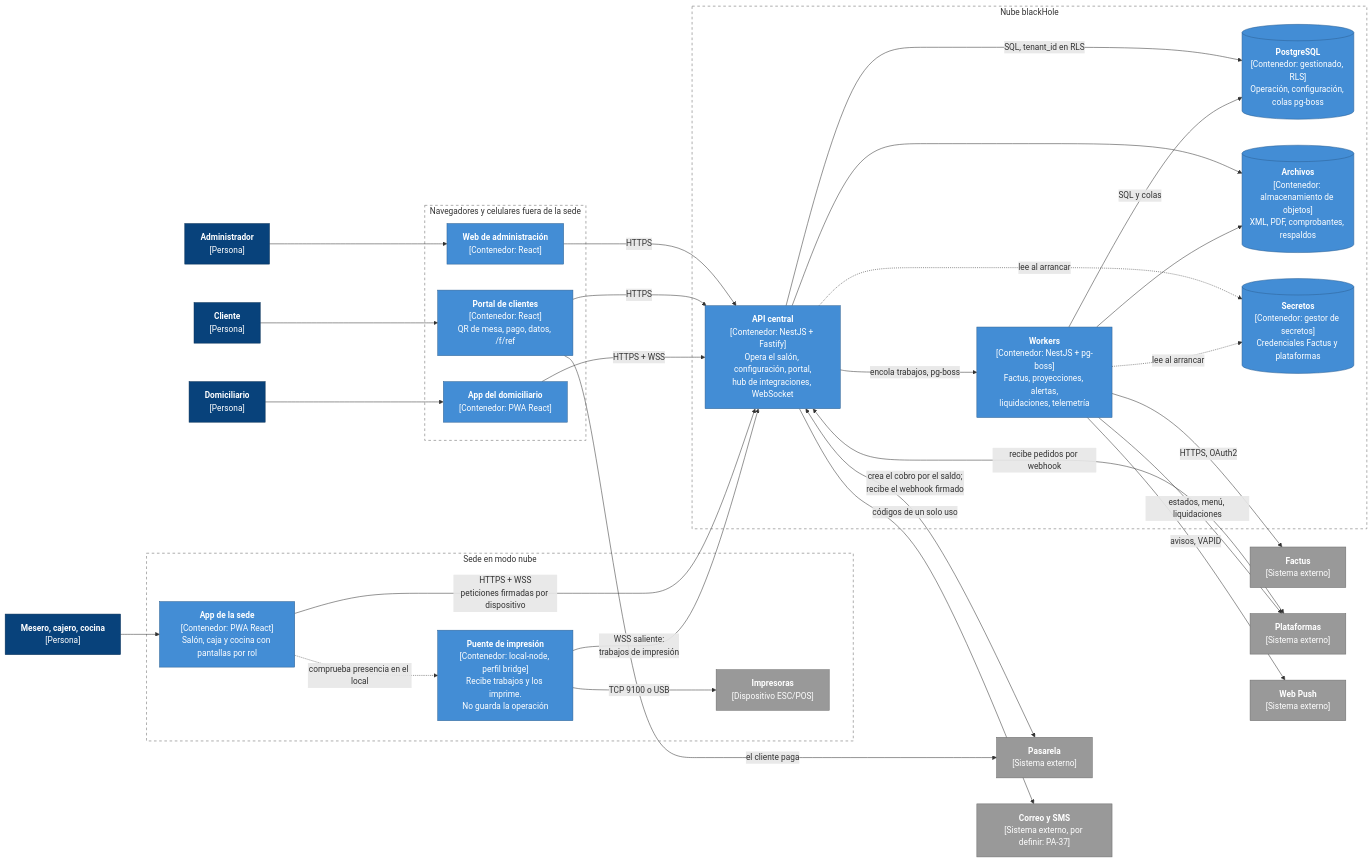
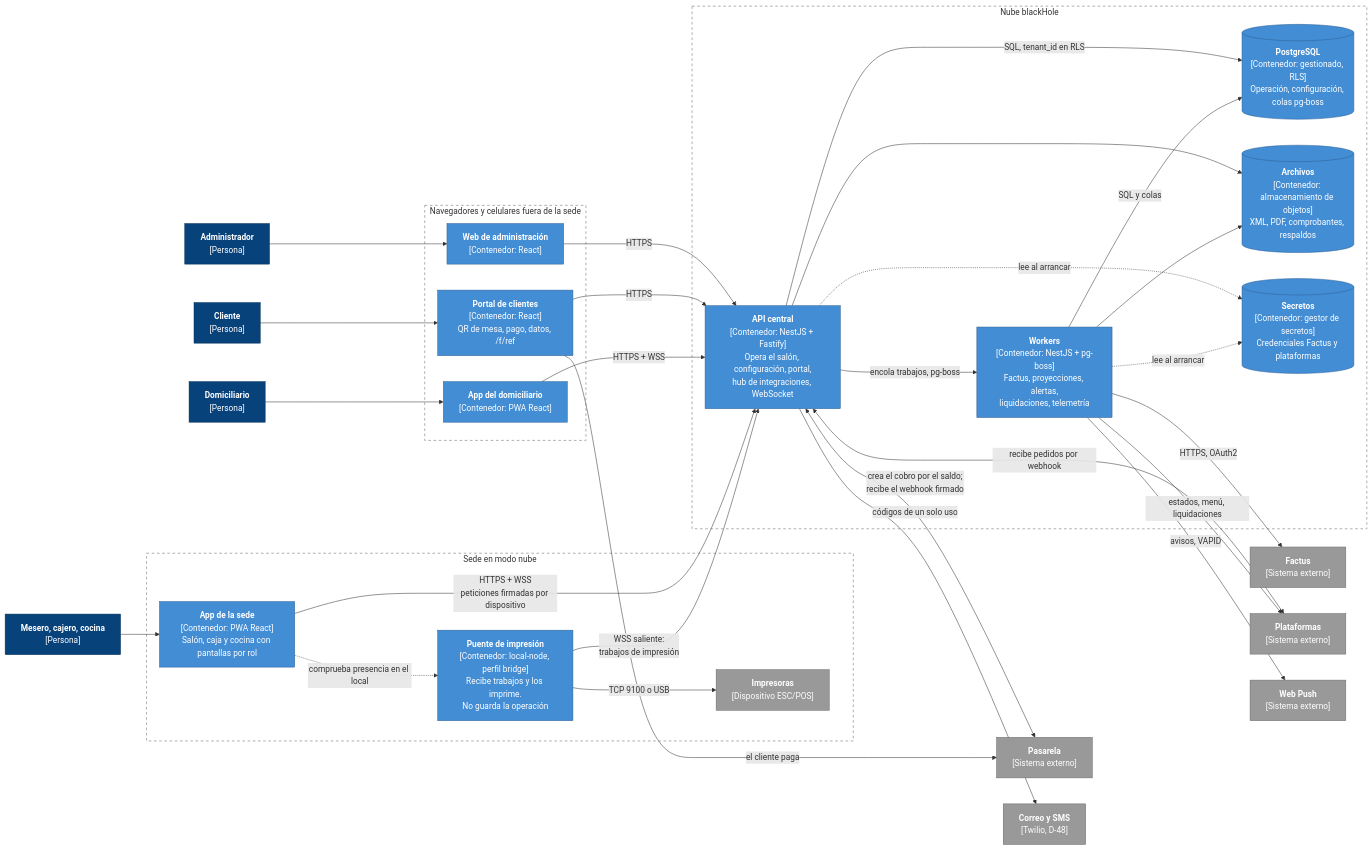
One commit to CesarJOtizM/blackHole changed the second of 4 diagrams in docs/arquitectura/c4-contexto-y-contenedores.md. Above: the diagram before and after it, drawn with Mermaid. The commit also changed other lines of this file and 9 other files, not shown here.

````diff
--- a/docs/arquitectura/c4-contexto-y-contenedores.md
+++ b/docs/arquitectura/c4-contexto-y-contenedores.md
@@ -108,68 +108,68 @@
 ```mermaid
 flowchart LR
   MES["<b>Mesero, cajero, cocina</b><br/>[Persona]"]:::persona
   ADM["<b>Administrador</b><br/>[Persona]"]:::persona
   CLI["<b>Cliente</b><br/>[Persona]"]:::persona
   DOM["<b>Domiciliario</b><br/>[Persona]"]:::persona
 
   subgraph Sede["Sede en modo nube"]
     APPS["<b>App de la sede</b><br/>[Contenedor: PWA React]<br/>Salón, caja y cocina con pantallas por rol"]:::contenedor
     PUE["<b>Puente de impresión</b><br/>[Contenedor: local-node, perfil bridge]<br/>Recibe trabajos y los imprime.<br/>No guarda la operación"]:::contenedor
     IMP["<b>Impresoras</b><br/>[Dispositivo ESC/POS]"]:::externo
   end
 
   subgraph Navegador["Navegadores y celulares fuera de la sede"]
     WADM["<b>Web de administración</b><br/>[Contenedor: React]"]:::contenedor
     PORT["<b>Portal de clientes</b><br/>[Contenedor: React]<br/>QR de mesa, pago, datos, /f/ref"]:::contenedor
     APPD["<b>App del domiciliario</b><br/>[Contenedor: PWA React]"]:::contenedor
   end
 
   subgraph Nube["Nube blackHole"]
     API["<b>API central</b><br/>[Contenedor: NestJS + Fastify]<br/>Opera el salón, configuración, portal,<br/>hub de integraciones, WebSocket"]:::contenedor
     WRK["<b>Workers</b><br/>[Contenedor: NestJS + pg-boss]<br/>Factus, proyecciones, alertas,<br/>liquidaciones, telemetría"]:::contenedor
     PG[("<b>PostgreSQL</b><br/>[Contenedor: gestionado, RLS]<br/>Operación, configuración, colas pg-boss")]:::contenedor
     OBJ[("<b>Archivos</b><br/>[Contenedor: almacenamiento de objetos]<br/>XML, PDF, comprobantes, respaldos")]:::contenedor
     SEC[("<b>Secretos</b><br/>[Contenedor: gestor de secretos]<br/>Credenciales Factus y plataformas")]:::contenedor
   end
 
   FAC["<b>Factus</b><br/>[Sistema externo]"]:::externo
   PAS["<b>Pasarela</b><br/>[Sistema externo]"]:::externo
   PLAT["<b>Plataformas</b><br/>[Sistema externo]"]:::externo
   PUSH["<b>Web Push</b><br/>[Sistema externo]"]:::externo
-  MSG["<b>Correo y SMS</b><br/>[Sistema externo, por definir: PA-37]"]:::externo
+  MSG["<b>Correo y SMS</b><br/>[Twilio, D-48]"]:::externo
 
   MES --> APPS
   ADM --> WADM
   DOM --> APPD
   CLI --> PORT
 
   APPS -- "HTTPS + WSS<br/>peticiones firmadas por dispositivo" --> API
   APPS -. "comprueba presencia en el local" .-> PUE
   PUE -- "WSS saliente:<br/>trabajos de impresión" --> API
   PUE -- "TCP 9100 o USB" --> IMP
   WADM -- "HTTPS" --> API
   PORT -- "HTTPS" --> API
   APPD -- "HTTPS + WSS" --> API
 
   API -- "encola trabajos, pg-boss" --> WRK
   API -- "SQL, tenant_id en RLS" --> PG
   WRK -- "SQL y colas" --> PG
   API --> OBJ
   WRK --> OBJ
   API -. "lee al arrancar" .-> SEC
   WRK -. "lee al arrancar" .-> SEC
   WRK -- "HTTPS, OAuth2" --> FAC
   API <-- "crea el cobro por el saldo;<br/>recibe el webhook firmado" --> PAS
   PORT -- "el cliente paga" --> PAS
   API <-- "recibe pedidos por webhook" --> PLAT
   WRK -- "estados, menú, liquidaciones" --> PLAT
   WRK -- "avisos, VAPID" --> PUSH
   API -- "códigos de un solo uso" --> MSG
 
   classDef persona fill:#08427b,stroke:#052e56,color:#fff
   classDef contenedor fill:#438dd5,stroke:#2e6295,color:#fff
   classDef externo fill:#999999,stroke:#6b6b6b,color:#fff
   style Sede fill:none,stroke:#666,stroke-dasharray: 5 5
   style Navegador fill:none,stroke:#666,stroke-dasharray: 5 5
   style Nube fill:none,stroke:#666,stroke-dasharray: 5 5
 ```
````
